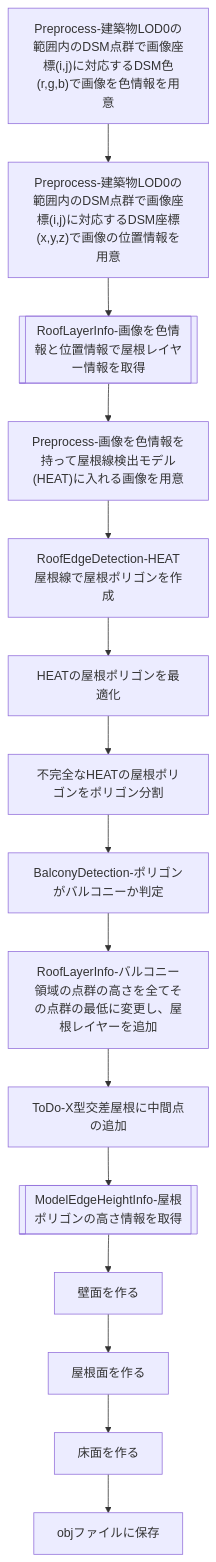
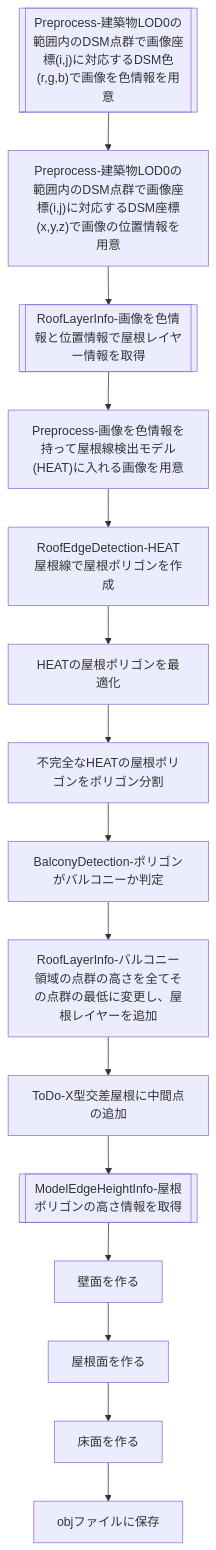
Before and after one commit to realglobe-Inc/bldg-lod2-tool-texture: the diagram in docs/tutorials/tools/bldg-lod2-tool/non-flat-model/README.md, drawn with Mermaid. The commit also changed other lines of this file and 21 other files, not shown here.

````diff
--- a/docs/tutorials/tools/bldg-lod2-tool/non-flat-model/README.md
+++ b/docs/tutorials/tools/bldg-lod2-tool/non-flat-model/README.md
@@ -5,33 +7,33 @@
 ```mermaid
 flowchart TB
-  node_1["Preprocess-建築物LOD0の範囲内のDSM点群で画像座標(i,j)に対応するDSM色(r,g,b)で画像を色情報を用意"]
+  node_1[["Preprocess-建築物LOD0の範囲内のDSM点群で画像座標(i,j)に対応するDSM色(r,g,b)で画像を色情報を用意"]]
   node_2["Preprocess-建築物LOD0の範囲内のDSM点群で画像座標(i,j)に対応するDSM座標(x,y,z)で画像の位置情報を用意"]
   node_3[["RoofLayerInfo-画像を色情報と位置情報で屋根レイヤー情報を取得"]]
   node_4["Preprocess-画像を色情報を持って屋根線検出モデル(HEAT)に入れる画像を用意"]
   node_5["RoofEdgeDetection-HEAT屋根線で屋根ポリゴンを作成"]
   node_6["HEATの屋根ポリゴンを最適化"]
   node_7["不完全なHEATの屋根ポリゴンをポリゴン分割"]
   node_8["BalconyDetection-ポリゴンがバルコニーか判定"]
   node_9["RoofLayerInfo-バルコニー領域の点群の高さを全てその点群の最低に変更し、屋根レイヤーを追加"]
   node_10["ToDo-X型交差屋根に中間点の追加"]
   node_11[["ModelEdgeHeightInfo-屋根ポリゴンの高さ情報を取得"]]
   node_12["壁面を作る"]
   node_13["屋根面を作る"]
   node_14["床面を作る"]
   node_15["objファイルに保存"]
 
   node_1 --> node_2
   node_2 --> node_3
   node_3 --> node_4
   node_4 --> node_5
   node_5 --> node_6
   node_6 --> node_7
   node_7 --> node_8
   node_8 --> node_9
   node_9 --> node_10
   node_10 --> node_11
   node_11 --> node_12
   node_12 --> node_13
   node_13 --> node_14
   node_14 --> node_15
 ```
````
